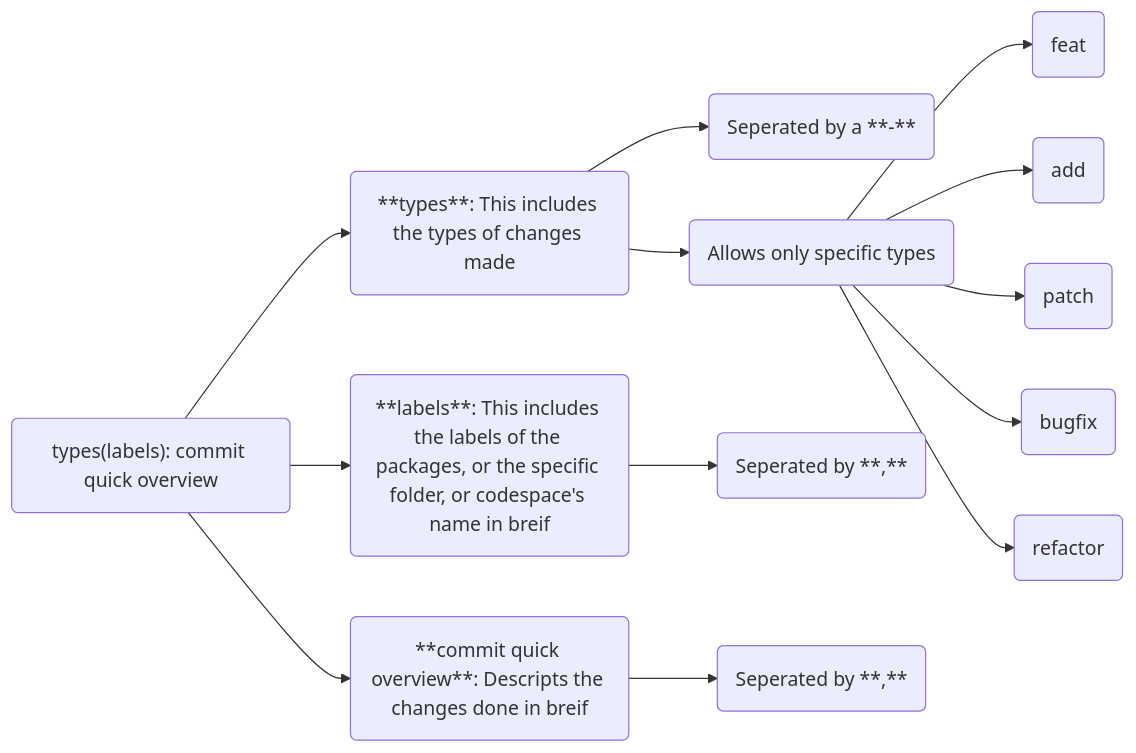
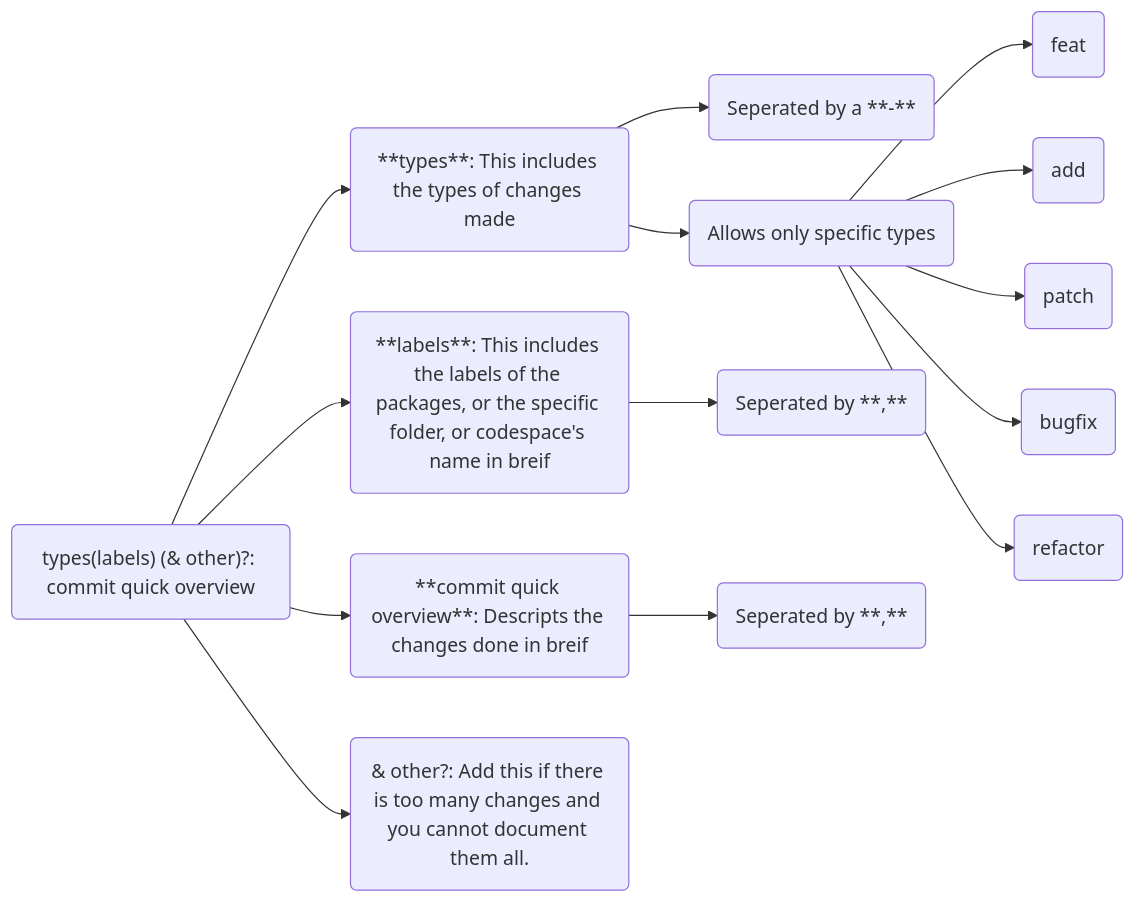
One commit to Kryft-Studios/andromeda-gpu changed the diagram in CONTRIBUTING.md. Above: the diagram before and after it, drawn with Mermaid. The commit also changed other lines of this file and 74 other files, not shown here.

````diff
--- a/CONTRIBUTING.md
+++ b/CONTRIBUTING.md
@@ -117,16 +117,17 @@
 ```mermaid
 flowchart LR
-A("types(labels): commit quick overview")
+A("types(labels) (& other)?: commit quick overview")
   A-->B("**types**: This includes the types of changes made")
     B-->E("Seperated by a **-**")
     B-->F("Allows only specific types")
       F-->G("feat")
       F-->H("add")
       F-->I("patch")
       F-->J("bugfix")
       F-->K("refactor")
   A-->C("**labels**: This includes the labels of the packages, or the specific folder, or codespace's name in breif")
     C-->L("Seperated by **,**")
   A-->D("**commit quick overview**: Descripts the changes done in breif")
     D-->M("Seperated by **,**")
+  A-->N("& other?: Add this if there is too many changes and you cannot document them all.")
 ```
````
